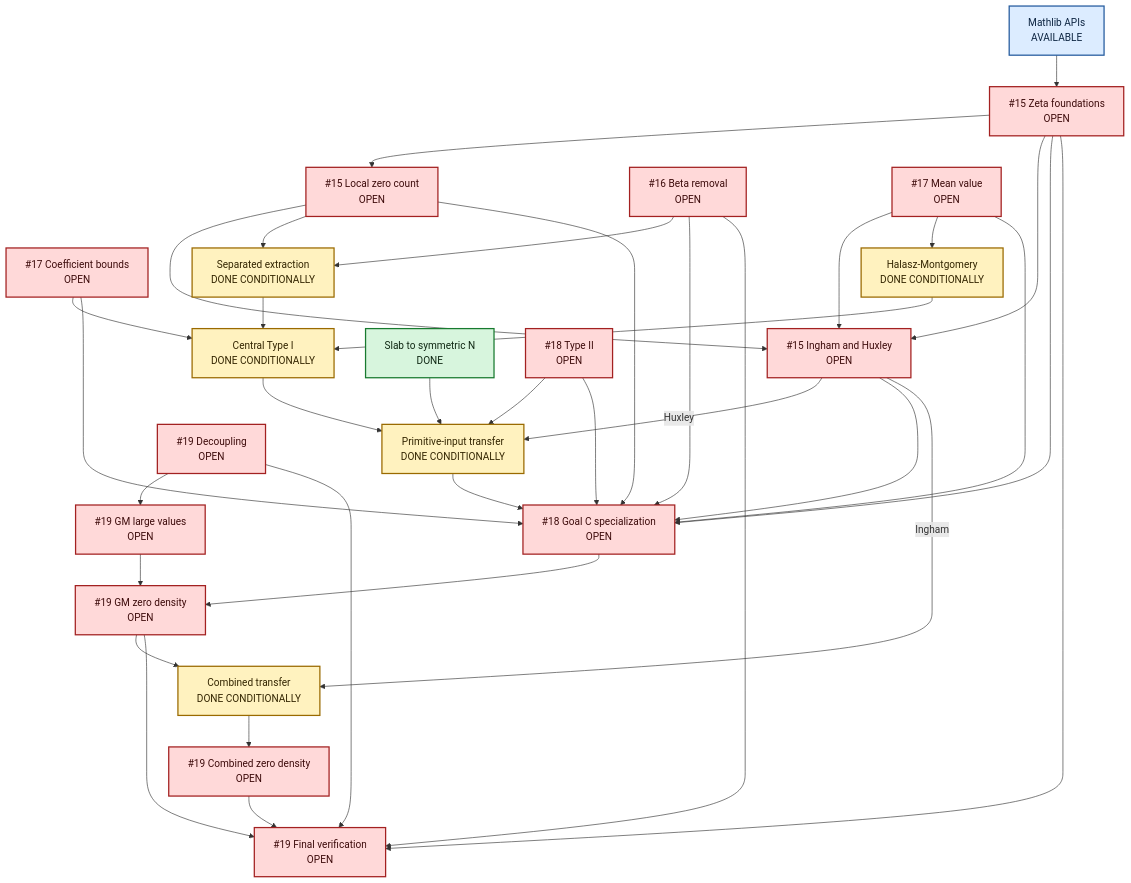
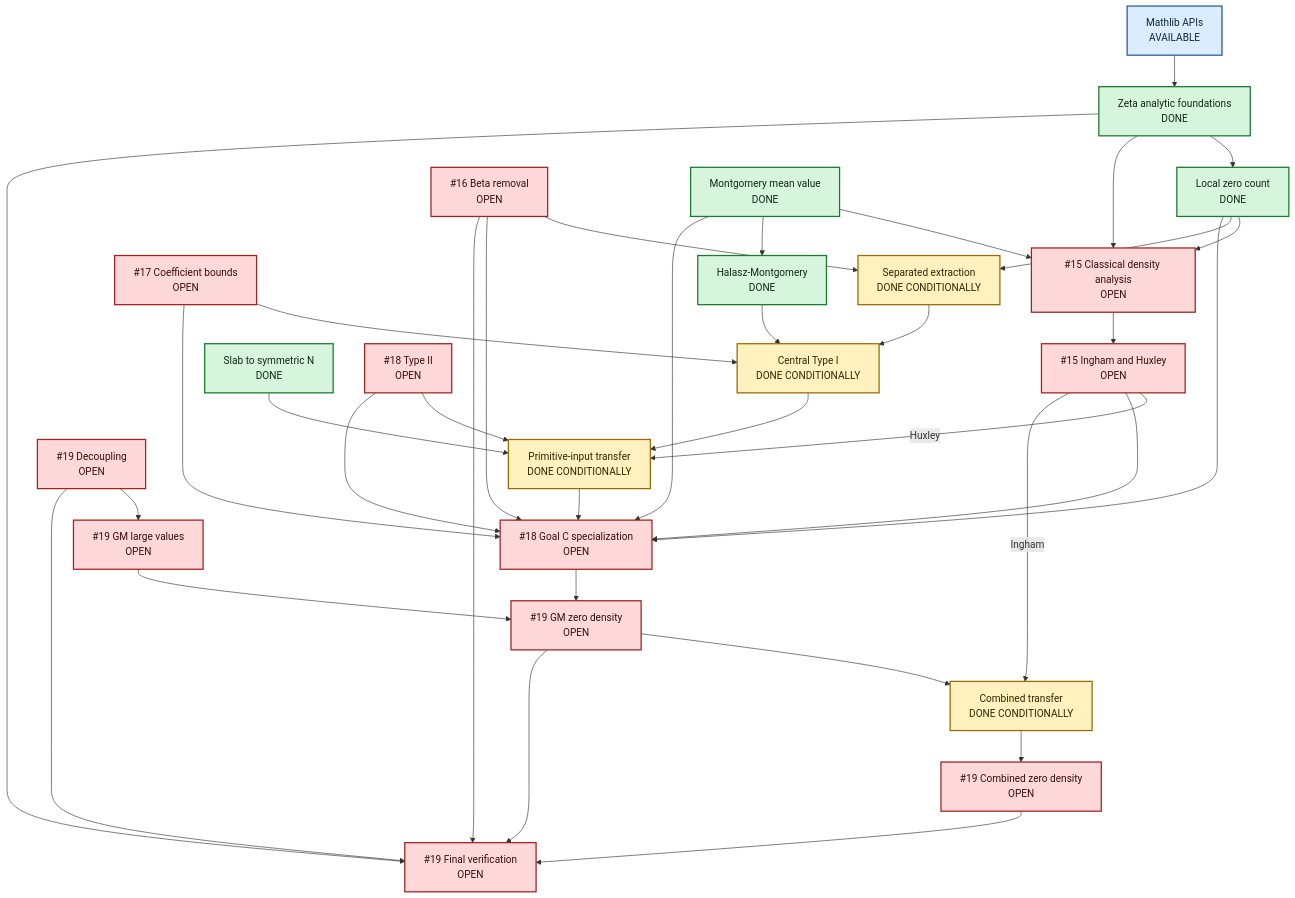
Before and after one commit to smccolm/Lean: the diagram in Riemann Zeta/Proof Architecture.md, drawn with Mermaid. The commit also changed other lines of this file and 11 other files, not shown here.

````diff
--- a/Riemann Zeta/Proof Architecture.md
+++ b/Riemann Zeta/Proof Architecture.md
@@ -53,79 +54,81 @@
 ```mermaid
 flowchart TD
     MZ["Mathlib APIs<br/>AVAILABLE"]
 
-    ZF["#15 Zeta foundations<br/>OPEN"]
-    LZ["#15 Local zero count<br/>OPEN"]
+    ZB["Zeta analytic foundations<br/>DONE"]
+    LZ["Local zero count<br/>DONE"]
+    CD["#15 Classical density analysis<br/>OPEN"]
     ZD["#15 Ingham and Huxley<br/>OPEN"]
     BR["#16 Beta removal<br/>OPEN"]
     AC["#17 Coefficient bounds<br/>OPEN"]
-    MV["#17 Mean value<br/>OPEN"]
+    MV["Montgomery mean value<br/>DONE"]
 
     EX["Separated extraction<br/>DONE CONDITIONALLY"]
-    HM["Halasz-Montgomery<br/>DONE CONDITIONALLY"]
+    HM["Halasz-Montgomery<br/>DONE"]
     CT["Central Type I<br/>DONE CONDITIONALLY"]
     DY["Slab to symmetric N<br/>DONE"]
 
     T2["#18 Type II<br/>OPEN"]
     TR["Primitive-input transfer<br/>DONE CONDITIONALLY"]
     GCS["#18 Goal C specialization<br/>OPEN"]
 
     DC["#19 Decoupling<br/>OPEN"]
     GM["#19 GM large values<br/>OPEN"]
     GZD["#19 GM zero density<br/>OPEN"]
 
     CB["Combined transfer<br/>DONE CONDITIONALLY"]
     CZD["#19 Combined zero density<br/>OPEN"]
     QA["#19 Final verification<br/>OPEN"]
 
-    MZ --> ZF
-    ZF --> LZ
-    ZF --> ZD
-    LZ --> ZD
-    MV --> ZD
+    MZ --> ZB
+    ZB --> LZ
+    ZB --> CD
+    LZ --> CD
+    MV --> CD
+    CD --> ZD
 
     LZ --> EX
     BR --> EX
     EX --> CT
     AC --> CT
     MV --> HM
     HM --> CT
 
     CT --> TR
     DY --> TR
     ZD -->|Huxley| TR
     T2 --> TR
 
     TR --> GCS
-    ZF --> GCS
     LZ --> GCS
     ZD --> GCS
     BR --> GCS
     AC --> GCS
     MV --> GCS
     T2 --> GCS
 
     DC --> GM
     GCS --> GZD
     GM --> GZD
 
     ZD -->|Ingham| CB
     GZD --> CB
     CB --> CZD
 
     GZD --> QA
     CZD --> QA
-    ZF --> QA
+    ZB --> QA
     BR --> QA
     DC --> QA
 
     classDef done fill:#d7f5dd,stroke:#187a2f,color:#102814,stroke-width:2px;
     classDef conditional fill:#fff2bf,stroke:#9a6a00,color:#332500,stroke-width:2px;
     classDef open fill:#ffd9d9,stroke:#a32121,color:#3d0b0b,stroke-width:2px;
     classDef available fill:#dcecff,stroke:#245b9e,color:#0d2542,stroke-width:2px;
 
-    class DY done;
-    class EX,HM,CT,TR,CB conditional;
-    class ZF,LZ,ZD,BR,AC,MV,T2,GCS,DC,GM,GZD,CZD,QA open;
+    class ZB,LZ,MV,DY done;
+    class HM done;
+    class EX,CT,TR,CB conditional;
+    class CD,ZD,BR,AC,T2,GCS,DC,GM,GZD,CZD,QA open;
     class MZ available;
 ```
````
